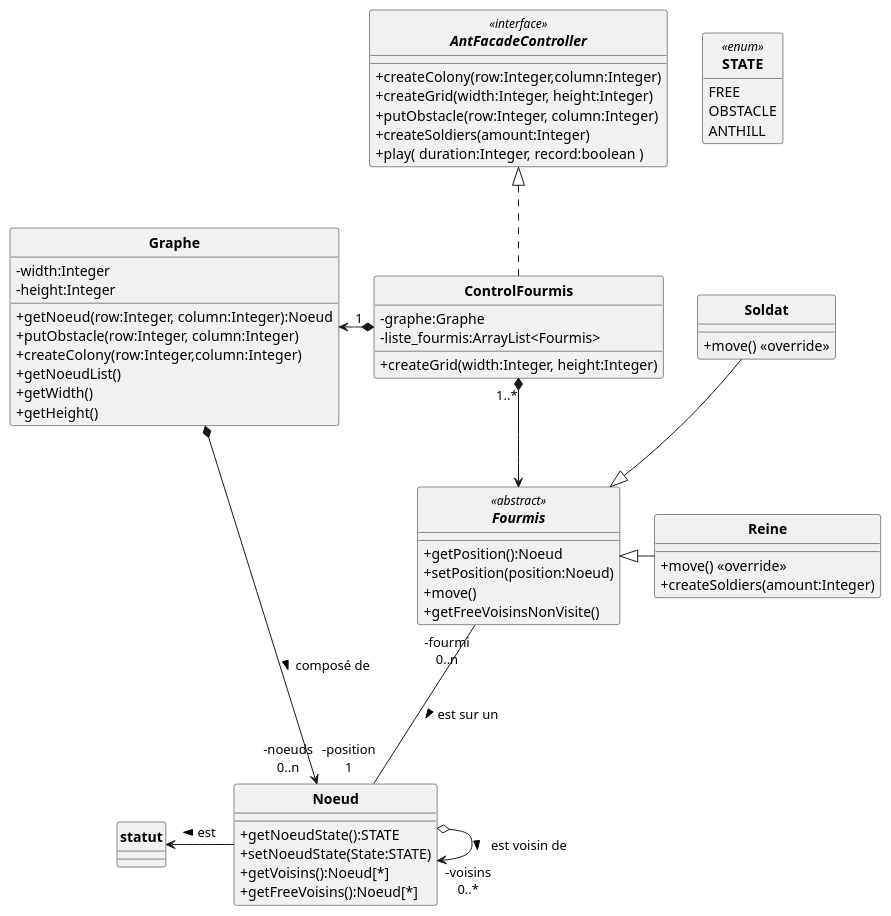
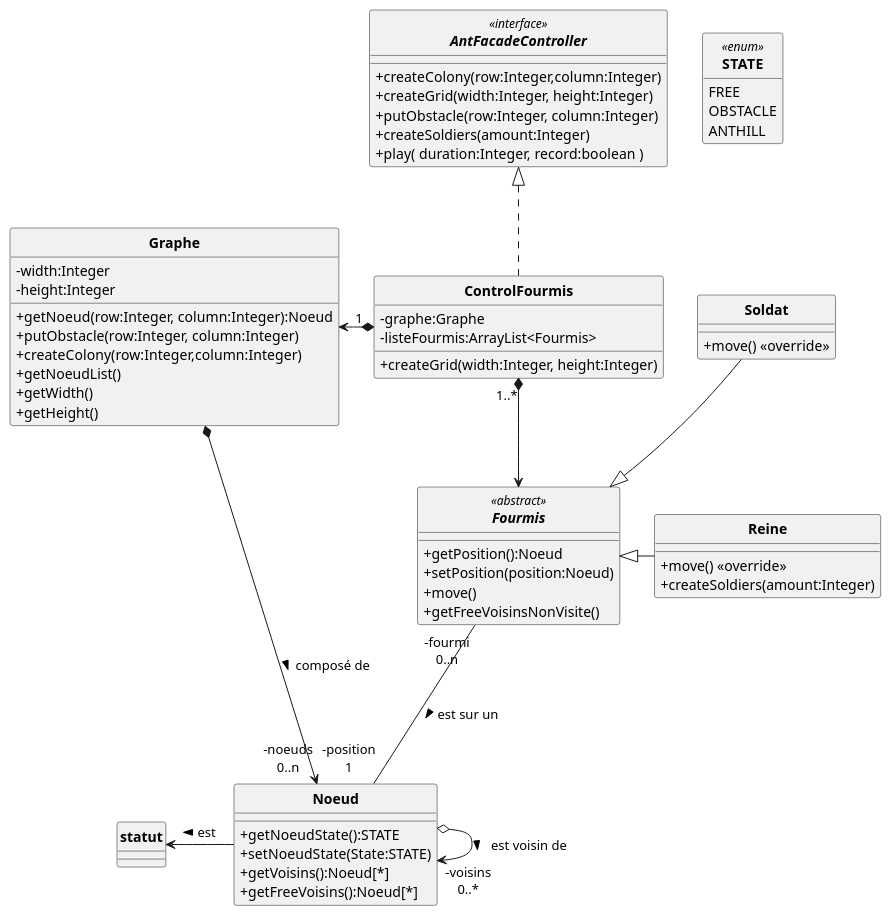
The diagram in src/main/uml/Fourmis_DC.puml (ErenMustafaGit/ColonieFourmis), drawn with PlantUML before and after one commit. The commit also changed 5 other files, not shown here.

Commit message:
Update de ControlFourmis, Fourmis, Noeud, Soldat et du diagrame de conception.

```diff
--- a/src/main/uml/Fourmis_DC.puml
+++ b/src/main/uml/Fourmis_DC.puml
@@ -1,87 +1,87 @@
 @startuml
 'https://plantuml.com/sequence-diagram
 allow_mixing
 skinparam style strictuml
 skinparam classAttributeIconSize 0
 skinparam circledCharacterRadius 0
 skinparam circledCharacterFontSize 0
 skinparam classFontStyle Bold
 'autonumber
 hide enum methods
 
 'Controleur
 interface AntFacadeController <<interface>> {
     '+setParameters( evaporationParam:Integer, foodParam:Integer, pheromoneParam:Integer )
     +createColony(row:Integer,column:Integer)
     +createGrid(width:Integer, height:Integer)
     +putObstacle(row:Integer, column:Integer)
     '+putFood( row:Integer, column:Integer, quantity:Integer);
     '+createWorkers( amount:Integer )
     +createSoldiers(amount:Integer)
     '+setAntFile(antLogFile:String);
     +play( duration:Integer, record:boolean )
 }
 
 class Noeud {
     +getNoeudState():STATE
     +setNoeudState(State:STATE)
     +getVoisins():Noeud[*]
     +getFreeVoisins():Noeud[*]
 }
 enum STATE <<enum>> {
     FREE
     OBSTACLE
     ANTHILL
 }
 
 
 abstract Fourmis <<abstract>> {
     +getPosition():Noeud
     +setPosition(position:Noeud)
     +move()
     +getFreeVoisinsNonVisite()
 }
 class Reine{
     +move() <<override>>
     +createSoldiers(amount:Integer)
 
 }
 class Soldat{
     +move() <<override>>
 }
 
 
 'class Graphe implements Fourmis.AntFacadeController{
 class ControlFourmis implements AntFacadeController{
     -graphe:Graphe
-    -liste_fourmis:ArrayList<Fourmis>
+    -listeFourmis:ArrayList<Fourmis>
     +createGrid(width:Integer, height:Integer)
 }
 
 
 class Graphe{
  -width:Integer
  -height:Integer
  +getNoeud(row:Integer, column:Integer):Noeud
  +putObstacle(row:Integer, column:Integer)
  +createColony(row:Integer,column:Integer)
  +getNoeudList()
  +getWidth()
  +getHeight()
 }
 
 
 Soldat --|> Fourmis
 Reine -l-|> Fourmis
 
 ControlFourmis "1 " *-l-> Graphe
 ControlFourmis "1..*" *--> Fourmis
 
 Graphe *-r-> "-noeuds\n0..n" Noeud : composé de >
 'historique = liste de noeud déjà passé par la fourmi
 '"-position 1\n-historique 0..*"
 Fourmis "-fourmi\n0..n" --- "-position\n1" Noeud  : est sur un >
 Noeud o-> "-voisins\n0..*"  Noeud  : est voisin de >
 Noeud -l->  statut : est >
 
 @enduml
```
